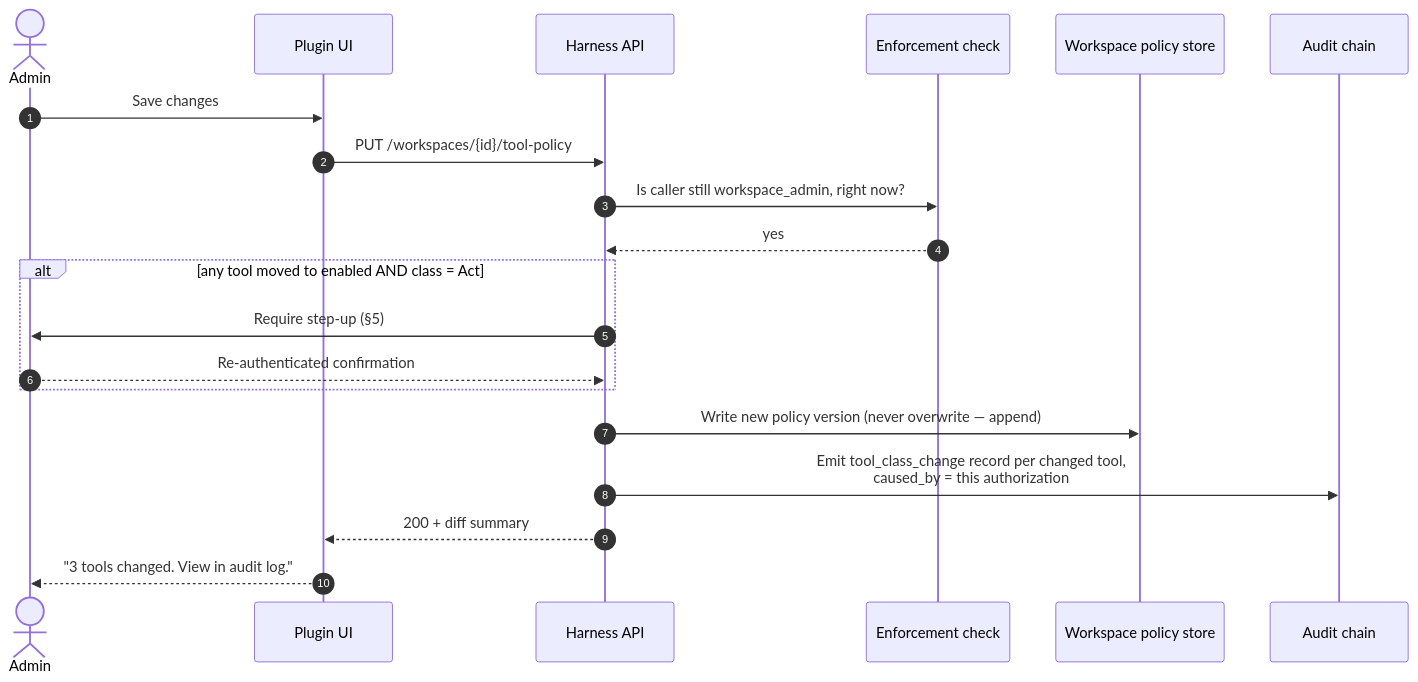
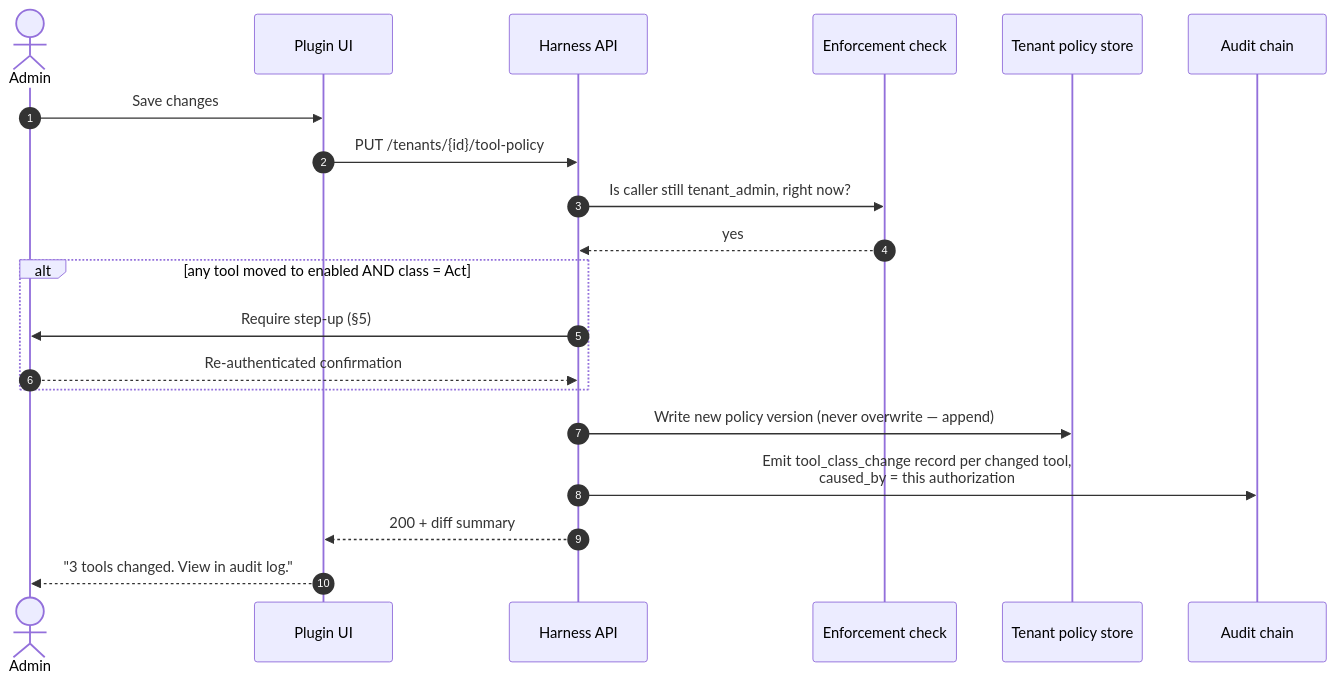
The diagram in docs/design/ux-mcp-tool-configuration.md (vikshana/graft-agent-harness), drawn with Mermaid before and after one commit. The commit also changed other lines of this file and 8 other files, not shown here.

Commit message:
feat(docs): Update documentation to reflect changes in approval authority and control mechanisms add l2 diagram for c4

````diff
--- a/docs/design/ux-mcp-tool-configuration.md
+++ b/docs/design/ux-mcp-tool-configuration.md
@@ -201,23 +201,23 @@
 ```mermaid
 sequenceDiagram
     autonumber
     actor Admin
     participant UI as Plugin UI
     participant API as Harness API
     participant AUTHZ as Enforcement check
-    participant DB as Workspace policy store
+    participant DB as Tenant policy store
     participant AUD as Audit chain
 
     Admin->>UI: Save changes
-    UI->>API: PUT /workspaces/{id}/tool-policy
-    API->>AUTHZ: Is caller still workspace_admin, right now?
+    UI->>API: PUT /tenants/{id}/tool-policy
+    API->>AUTHZ: Is caller still tenant_admin, right now?
     AUTHZ-->>API: yes
     alt any tool moved to enabled AND class = Act
         API->>Admin: Require step-up (§5)
         Admin-->>API: Re-authenticated confirmation
     end
     API->>DB: Write new policy version (never overwrite — append)
     API->>AUD: Emit tool_class_change record per changed tool,<br/>caused_by = this authorization
     API-->>UI: 200 + diff summary
     UI-->>Admin: "3 tools changed. View in audit log."
 ```
````
